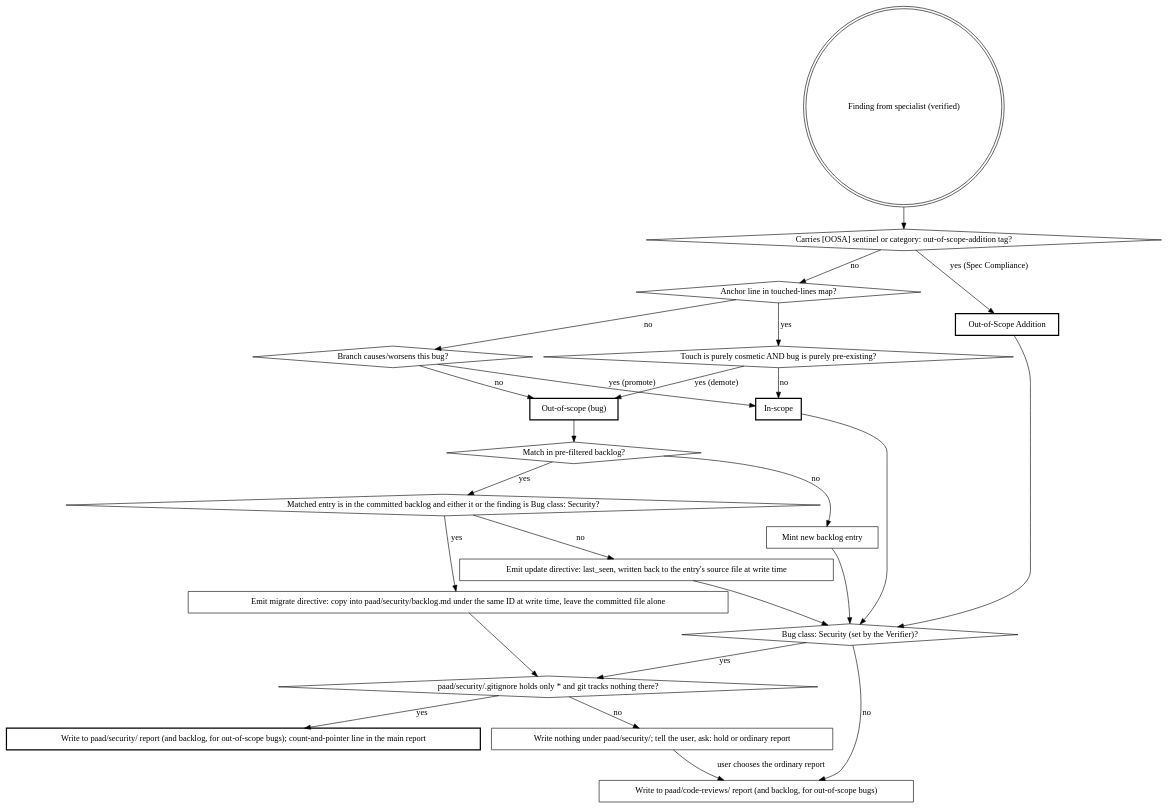
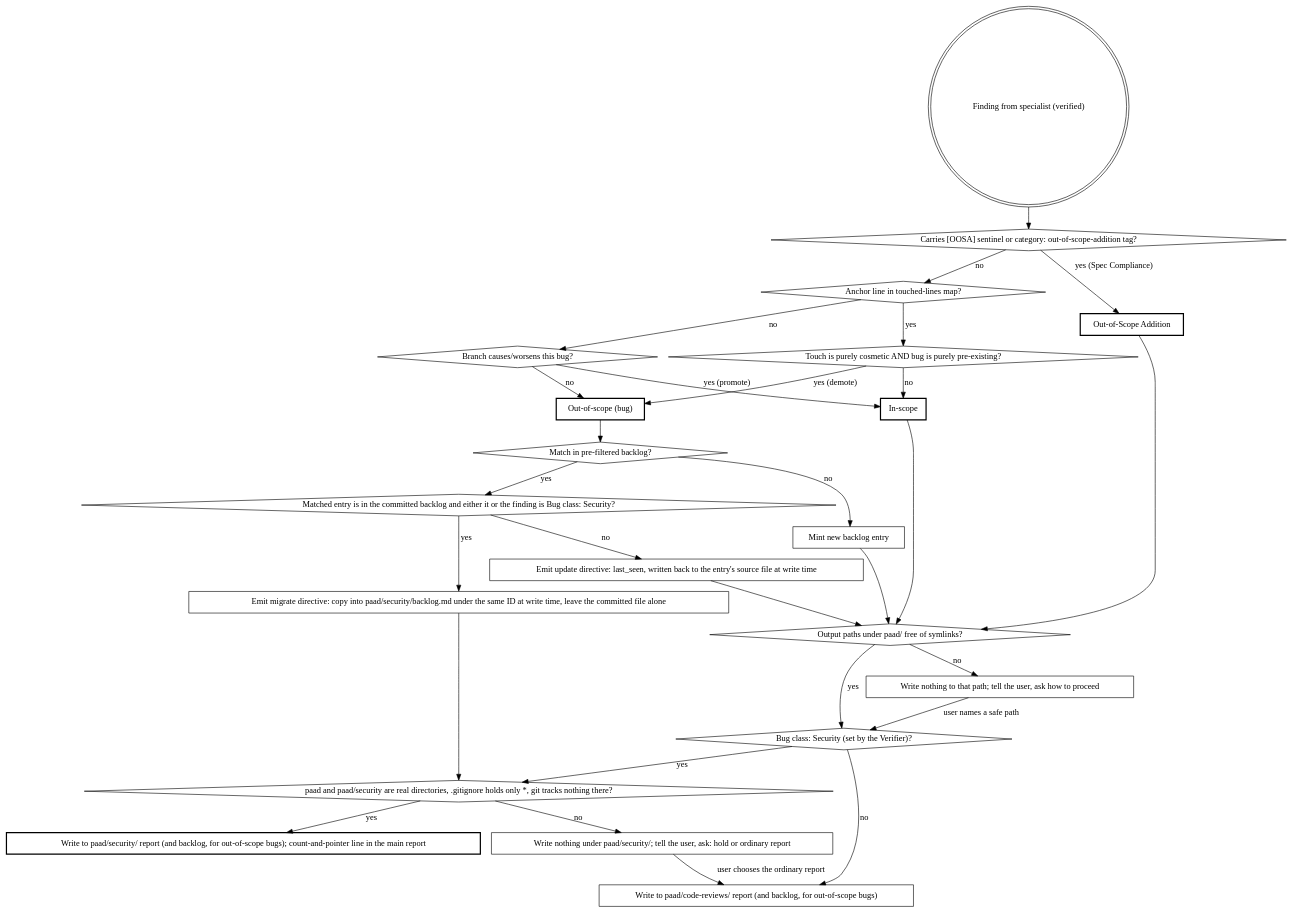
Before and after one commit to Ovid/paad: the first of 2 diagrams in preview/paad/skills/agentic-review/SKILL.md, drawn with Graphviz. The commit also changed other lines of this file and 12 other files, not shown here.

````diff
--- a/preview/paad/skills/agentic-review/SKILL.md
+++ b/preview/paad/skills/agentic-review/SKILL.md
@@ -22,48 +24,53 @@
 ```dot
 digraph classification {
   "Finding from specialist (verified)" [shape=doublecircle];
   "Carries [OOSA] sentinel or category: out-of-scope-addition tag?" [shape=diamond];
   "Anchor line in touched-lines map?" [shape=diamond];
   "Branch causes/worsens this bug?" [shape=diamond];
   "Touch is purely cosmetic AND bug is purely pre-existing?" [shape=diamond];
   "Match in pre-filtered backlog?" [shape=diamond];
   "Matched entry is in the committed backlog and either it or the finding is Bug class: Security?" [shape=diamond];
 
   "In-scope" [shape=box, style=bold];
   "Out-of-scope (bug)" [shape=box, style=bold];
   "Out-of-Scope Addition" [shape=box, style=bold];
   "Emit update directive: last_seen, written back to the entry's source file at write time" [shape=box];
   "Mint new backlog entry" [shape=box];
   "Emit migrate directive: copy into paad/security/backlog.md under the same ID at write time, leave the committed file alone" [shape=box];
+  "Output paths under paad/ free of symlinks?" [shape=diamond];
+  "Write nothing to that path; tell the user, ask how to proceed" [shape=box];
   "Bug class: Security (set by the Verifier)?" [shape=diamond];
   "Write to paad/security/ report (and backlog, for out-of-scope bugs); count-and-pointer line in the main report" [shape=box, style=bold];
-  "paad/security/.gitignore holds only * and git tracks nothing there?" [shape=diamond];
+  "paad and paad/security are real directories, .gitignore holds only *, git tracks nothing there?" [shape=diamond];
   "Write nothing under paad/security/; tell the user, ask: hold or ordinary report" [shape=box];
   "Write to paad/code-reviews/ report (and backlog, for out-of-scope bugs)" [shape=box];
 
   "Finding from specialist (verified)" -> "Carries [OOSA] sentinel or category: out-of-scope-addition tag?";
   "Carries [OOSA] sentinel or category: out-of-scope-addition tag?" -> "Out-of-Scope Addition" [label="yes (Spec Compliance)"];
-  "Out-of-Scope Addition" -> "Bug class: Security (set by the Verifier)?";
+  "Out-of-Scope Addition" -> "Output paths under paad/ free of symlinks?";
   "Carries [OOSA] sentinel or category: out-of-scope-addition tag?" -> "Anchor line in touched-lines map?" [label="no"];
   "Anchor line in touched-lines map?" -> "Touch is purely cosmetic AND bug is purely pre-existing?" [label="yes"];
   "Anchor line in touched-lines map?" -> "Branch causes/worsens this bug?" [label="no"];
   "Touch is purely cosmetic AND bug is purely pre-existing?" -> "Out-of-scope (bug)" [label="yes (demote)"];
   "Touch is purely cosmetic AND bug is purely pre-existing?" -> "In-scope" [label="no"];
   "Branch causes/worsens this bug?" -> "In-scope" [label="yes (promote)"];
   "Branch causes/worsens this bug?" -> "Out-of-scope (bug)" [label="no"];
   "Out-of-scope (bug)" -> "Match in pre-filtered backlog?";
   "Match in pre-filtered backlog?" -> "Matched entry is in the committed backlog and either it or the finding is Bug class: Security?" [label="yes"];
   "Matched entry is in the committed backlog and either it or the finding is Bug class: Security?" -> "Emit migrate directive: copy into paad/security/backlog.md under the same ID at write time, leave the committed file alone" [label="yes"];
   "Matched entry is in the committed backlog and either it or the finding is Bug class: Security?" -> "Emit update directive: last_seen, written back to the entry's source file at write time" [label="no"];
-  "Emit migrate directive: copy into paad/security/backlog.md under the same ID at write time, leave the committed file alone" -> "paad/security/.gitignore holds only * and git tracks nothing there?";
+  "Emit migrate directive: copy into paad/security/backlog.md under the same ID at write time, leave the committed file alone" -> "paad and paad/security are real directories, .gitignore holds only *, git tracks nothing there?";
   "Match in pre-filtered backlog?" -> "Mint new backlog entry" [label="no"];
-  "In-scope" -> "Bug class: Security (set by the Verifier)?";
-  "Emit update directive: last_seen, written back to the entry's source file at write time" -> "Bug class: Security (set by the Verifier)?";
-  "Mint new backlog entry" -> "Bug class: Security (set by the Verifier)?";
-  "Bug class: Security (set by the Verifier)?" -> "paad/security/.gitignore holds only * and git tracks nothing there?" [label="yes"];
-  "paad/security/.gitignore holds only * and git tracks nothing there?" -> "Write to paad/security/ report (and backlog, for out-of-scope bugs); count-and-pointer line in the main report" [label="yes"];
-  "paad/security/.gitignore holds only * and git tracks nothing there?" -> "Write nothing under paad/security/; tell the user, ask: hold or ordinary report" [label="no"];
+  "In-scope" -> "Output paths under paad/ free of symlinks?";
+  "Emit update directive: last_seen, written back to the entry's source file at write time" -> "Output paths under paad/ free of symlinks?";
+  "Mint new backlog entry" -> "Output paths under paad/ free of symlinks?";
+  "Bug class: Security (set by the Verifier)?" -> "paad and paad/security are real directories, .gitignore holds only *, git tracks nothing there?" [label="yes"];
+  "paad and paad/security are real directories, .gitignore holds only *, git tracks nothing there?" -> "Write to paad/security/ report (and backlog, for out-of-scope bugs); count-and-pointer line in the main report" [label="yes"];
+  "paad and paad/security are real directories, .gitignore holds only *, git tracks nothing there?" -> "Write nothing under paad/security/; tell the user, ask: hold or ordinary report" [label="no"];
   "Bug class: Security (set by the Verifier)?" -> "Write to paad/code-reviews/ report (and backlog, for out-of-scope bugs)" [label="no"];
   "Write nothing under paad/security/; tell the user, ask: hold or ordinary report" -> "Write to paad/code-reviews/ report (and backlog, for out-of-scope bugs)" [label="user chooses the ordinary report"];
+  "Output paths under paad/ free of symlinks?" -> "Bug class: Security (set by the Verifier)?" [label="yes"];
+  "Output paths under paad/ free of symlinks?" -> "Write nothing to that path; tell the user, ask how to proceed" [label="no"];
+  "Write nothing to that path; tell the user, ask how to proceed" -> "Bug class: Security (set by the Verifier)?" [label="user names a safe path"];
 }
 ```
````
